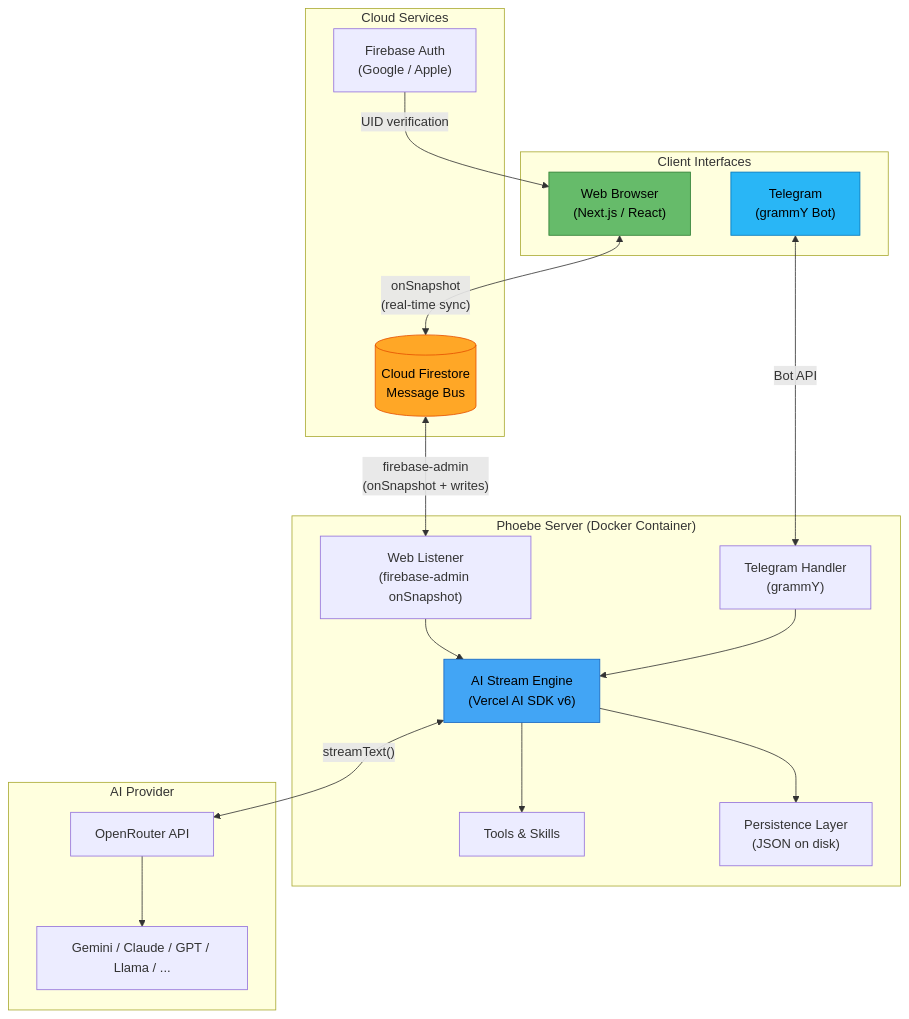
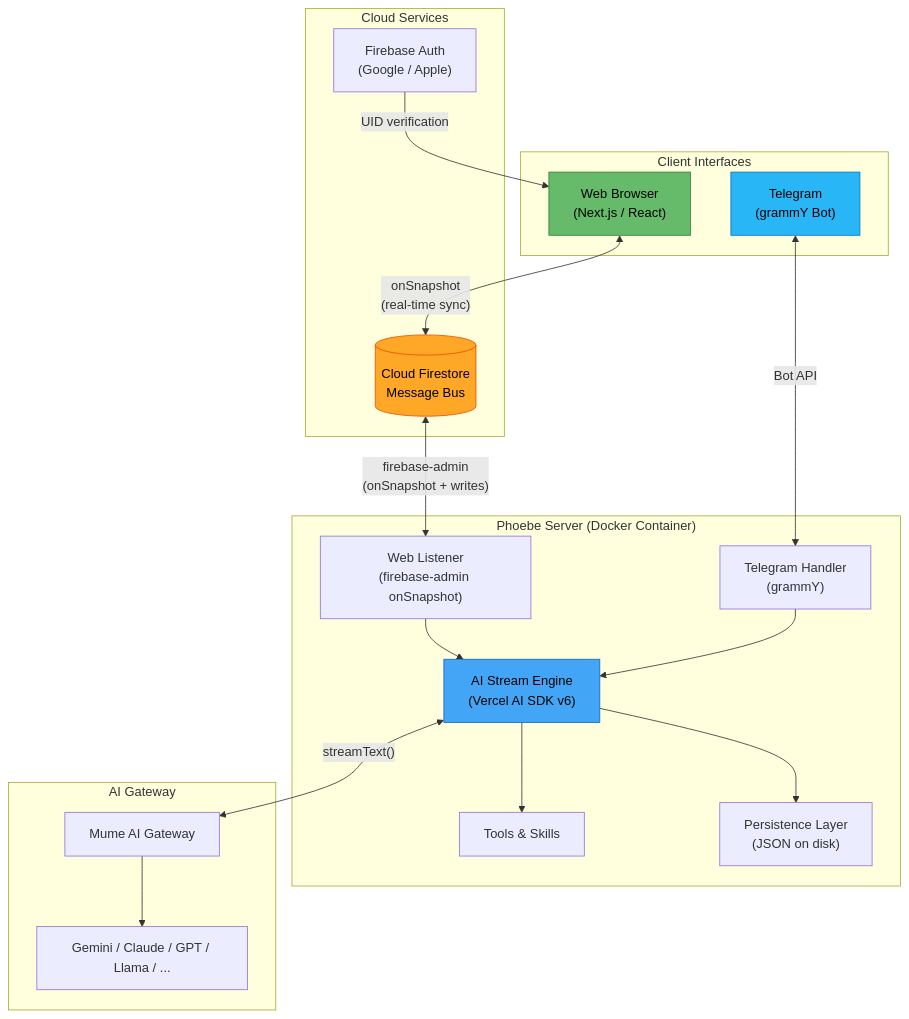
The first of 13 diagrams in ARCHITECTURE.md (muse-mesh/phoebe), drawn with Mermaid before and after one commit. The commit also changed other lines of this file and 8 other files, not shown here.

````diff
--- a/ARCHITECTURE.md
+++ b/ARCHITECTURE.md
@@ -34,41 +34,41 @@
 ```mermaid
 graph TB
     subgraph "Client Interfaces"
         TG["Telegram<br/>(grammY Bot)"]
         WEB["Web Browser<br/>(Next.js / React)"]
     end
 
     subgraph "Cloud Services"
         FS[("Cloud Firestore<br/>Message Bus")]
         AUTH["Firebase Auth<br/>(Google / Apple)"]
     end
 
     subgraph "Phoebe Server (Docker Container)"
         LISTENER["Web Listener<br/>(firebase-admin onSnapshot)"]
         AI["AI Stream Engine<br/>(Vercel AI SDK v6)"]
         TOOLS["Tools & Skills"]
         TGBOT["Telegram Handler<br/>(grammY)"]
         PERSIST["Persistence Layer<br/>(JSON on disk)"]
     end
 
-    subgraph "AI Provider"
-        OR["OpenRouter API"]
+    subgraph "AI Gateway"
+        OR["Mume AI Gateway"]
         MODELS["Gemini / Claude / GPT / Llama / ..."]
     end
 
     TG <-->|"Bot API"| TGBOT
     WEB <-->|"onSnapshot<br/>(real-time sync)"| FS
     FS <-->|"firebase-admin<br/>(onSnapshot + writes)"| LISTENER
     AUTH -->|"UID verification"| WEB
     LISTENER --> AI
     TGBOT --> AI
     AI <-->|"streamText()"| OR
     OR --> MODELS
     AI --> TOOLS
     AI --> PERSIST
 
     style FS fill:#FFA726,stroke:#E65100,color:#000
     style AI fill:#42A5F5,stroke:#1565C0,color:#000
     style WEB fill:#66BB6A,stroke:#2E7D32,color:#000
     style TG fill:#29B6F6,stroke:#0277BD,color:#000
 ```
````
